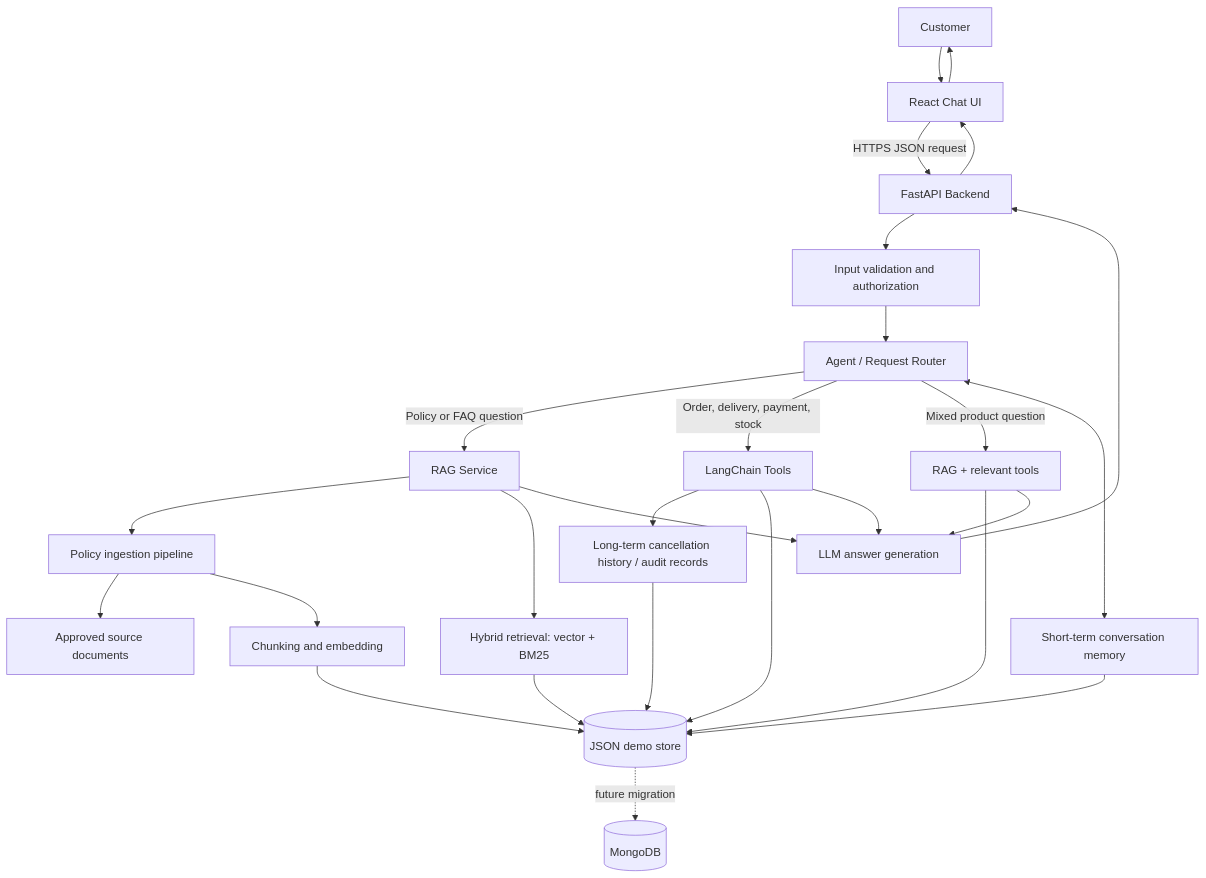
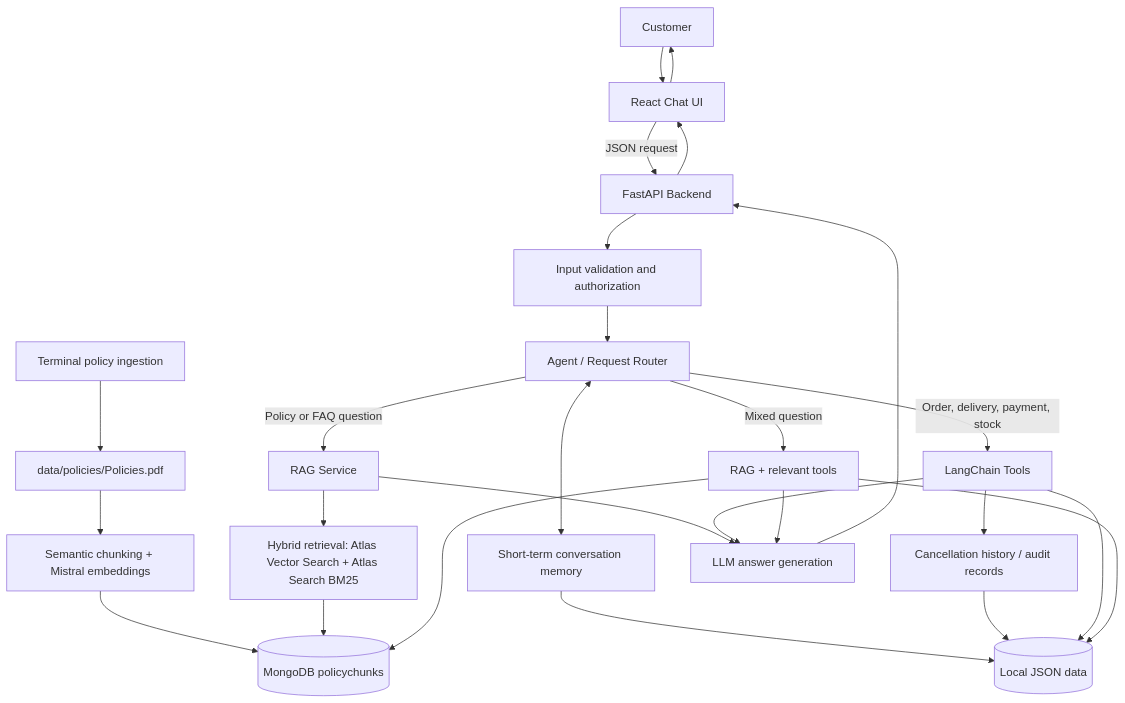
Before and after one commit to keneilweraseale/customer_support_agent: the first of 2 diagrams in customer_support_ai_agent_architecture.md, drawn with Mermaid. The commit also changed other lines of this file and 684 other files, not shown here.

````diff
--- a/customer_support_ai_agent_architecture.md
+++ b/customer_support_ai_agent_architecture.md
@@ -27,29 +35,28 @@
 ```mermaid
 flowchart TD
     U[Customer] --> UI[React Chat UI]
-    UI -->|HTTPS JSON request| API[FastAPI Backend]
+    UI -->|JSON request| API[FastAPI Backend]
     API --> AUTH[Input validation and authorization]
     AUTH --> ROUTER[Agent / Request Router]
     ROUTER -->|Policy or FAQ question| RAG[RAG Service]
     ROUTER -->|Order, delivery, payment, stock| TOOLS[LangChain Tools]
-    ROUTER -->|Mixed product question| BOTH[RAG + relevant tools]
+    ROUTER -->|Mixed question| BOTH[RAG + relevant tools]
     ROUTER <--> STM[Short-term conversation memory]
-    TOOLS --> LTM[Long-term cancellation history / audit records]
-    STM --> JSON
+    TOOLS --> LTM[Cancellation history / audit records]
+    STM --> JSON[(Local JSON data)]
     LTM --> JSON
-    RAG --> INGEST[Policy ingestion pipeline]
-    RAG --> RET[Hybrid retrieval: vector + BM25]
-    INGEST --> DOCS[Approved source documents]
-    INGEST --> CHUNKS[Chunking and embedding]
-    CHUNKS --> JSON[(JSON demo store)]
-    RET --> JSON
+    RAG --> RET[Hybrid retrieval: Atlas Vector Search + Atlas Search BM25]
+    INGEST[Terminal policy ingestion] --> DOCS[data/policies/Policies.pdf]
+    DOCS --> CHUNKS[Semantic chunking + Mistral embeddings]
+    CHUNKS --> MDB[(MongoDB policychunks)]
+    RET --> MDB
     TOOLS --> JSON
     BOTH --> JSON
+    BOTH --> MDB
     RAG --> GEN[LLM answer generation]
     TOOLS --> GEN
     BOTH --> GEN
     GEN --> API
     API --> UI
     UI --> U
-    JSON -. future migration .-> MDB[(MongoDB)]
 ```
````
